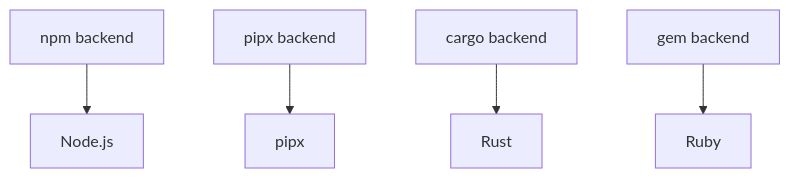
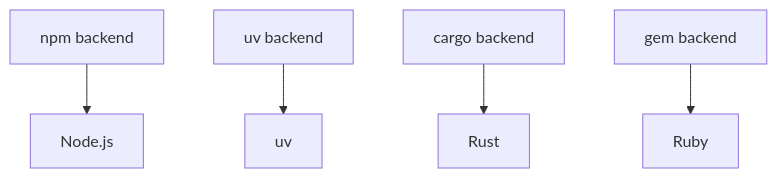
The diagram in docs/dev-tools/backend_architecture.md (jdx/mise), drawn with Mermaid before and after one commit. The commit also changed other lines of this file and 59 other files, not shown here.

Commit message:
feat: rename pipx backend to uv

````diff
--- a/docs/dev-tools/backend_architecture.md
+++ b/docs/dev-tools/backend_architecture.md
@@ -200,7 +200,7 @@
 ```mermaid
 graph TD
     A[npm backend] --> B[Node.js]
-    C[pipx backend] --> D[pipx]
+    C[uv backend] --> D[uv]
     E[cargo backend] --> F[Rust]
     G[gem backend] --> H[Ruby]
 ```
````
